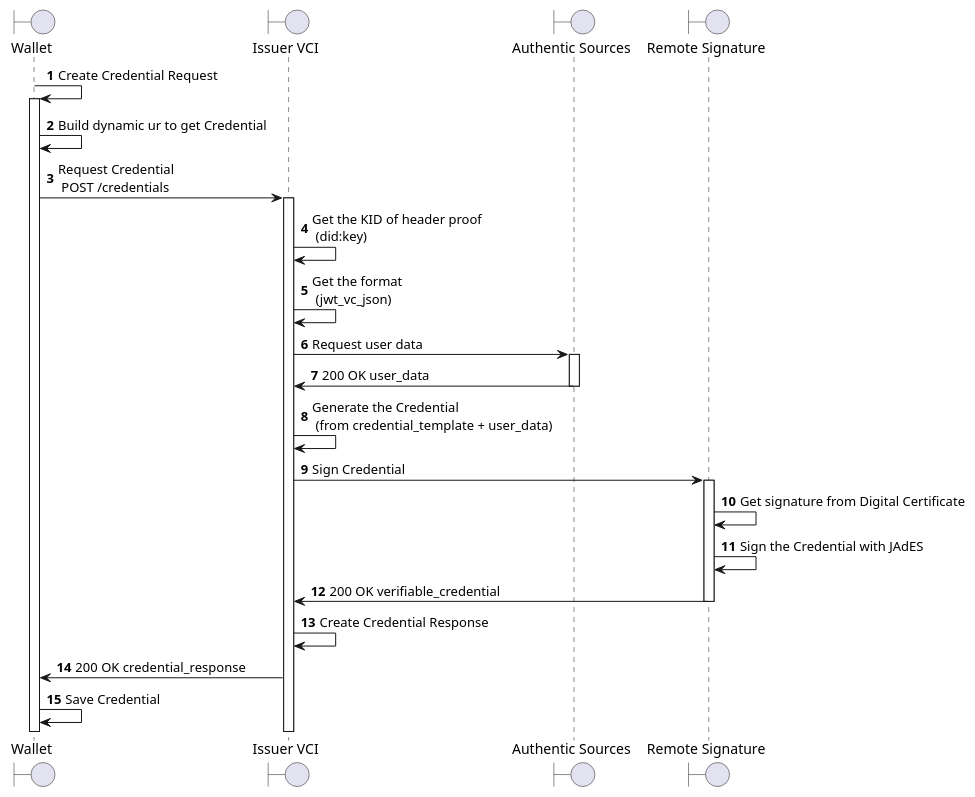
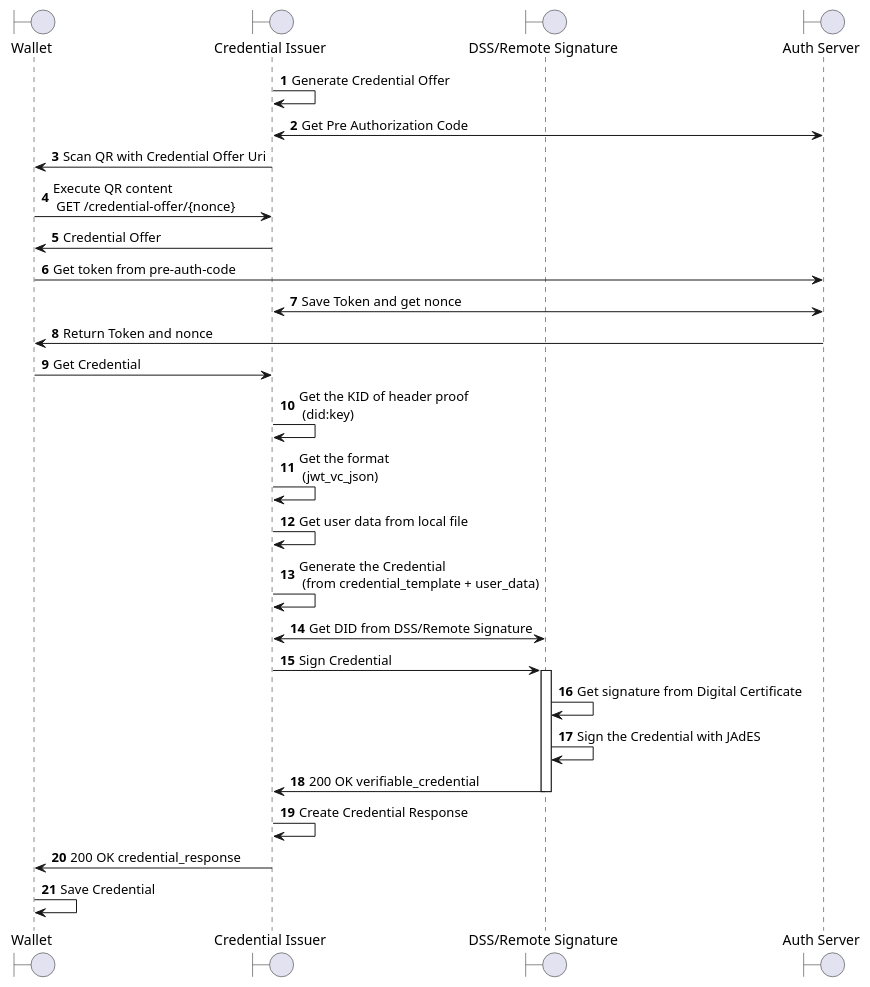
One commit to in2workspace/in2-issuer-api changed the diagram in docs/diagrams/credential-emission.puml. Above: the diagram before and after it, drawn with PlantUML. The commit also changed 10 other files, not shown here.

Commit message:
add diagrams, refactor verifiableCredential service into hexagonal, update credential offer

```diff
--- a/docs/diagrams/credential-emission.puml
+++ b/docs/diagrams/credential-emission.puml
@@ -1,27 +1,33 @@
 @startuml
 
 autonumber
 
 boundary "Wallet" as wallet
-boundary "Issuer VCI" as issuerVCI
-boundary "Authentic Sources" as authSources
-boundary "Remote Signature" as remoteSignature
+boundary "Credential Issuer" as issuerVCI
+boundary "DSS/Remote Signature" as remoteSignature
+boundary "Auth Server" as authserver
 
-wallet -> wallet++: Create Credential Request
-wallet -> wallet: Build dynamic ur to get Credential
-wallet -> issuerVCI++: Request Credential \n POST /credentials
+issuerVCI -> issuerVCI: Generate Credential Offer
+issuerVCI <-> authserver: Get Pre Authorization Code
+wallet <- issuerVCI: Scan QR with Credential Offer Uri
+wallet -> issuerVCI: Execute QR content \n GET /credential-offer/{nonce}
+issuerVCI -> wallet: Credential Offer
+wallet -> authserver: Get token from pre-auth-code
+authserver <-> issuerVCI: Save Token and get nonce
+authserver -> wallet: Return Token and nonce
+wallet -> issuerVCI: Get Credential
 issuerVCI -> issuerVCI: Get the KID of header proof \n (did:key)
 issuerVCI -> issuerVCI: Get the format \n (jwt_vc_json)
-issuerVCI -> authSources++: Request user data
-authSources -> issuerVCI--: 200 OK user_data
+issuerVCI -> issuerVCI: Get user data from local file
 issuerVCI -> issuerVCI: Generate the Credential \n (from credential_template + user_data)
+issuerVCI <-> remoteSignature: Get DID from DSS/Remote Signature
 issuerVCI -> remoteSignature++: Sign Credential
 remoteSignature -> remoteSignature: Get signature from Digital Certificate
 remoteSignature -> remoteSignature: Sign the Credential with JAdES
 remoteSignature -> issuerVCI--: 200 OK verifiable_credential
 issuerVCI -> issuerVCI: Create Credential Response
 issuerVCI -> wallet: 200 OK credential_response
 wallet -> wallet: Save Credential
 
 
 @enduml
```
